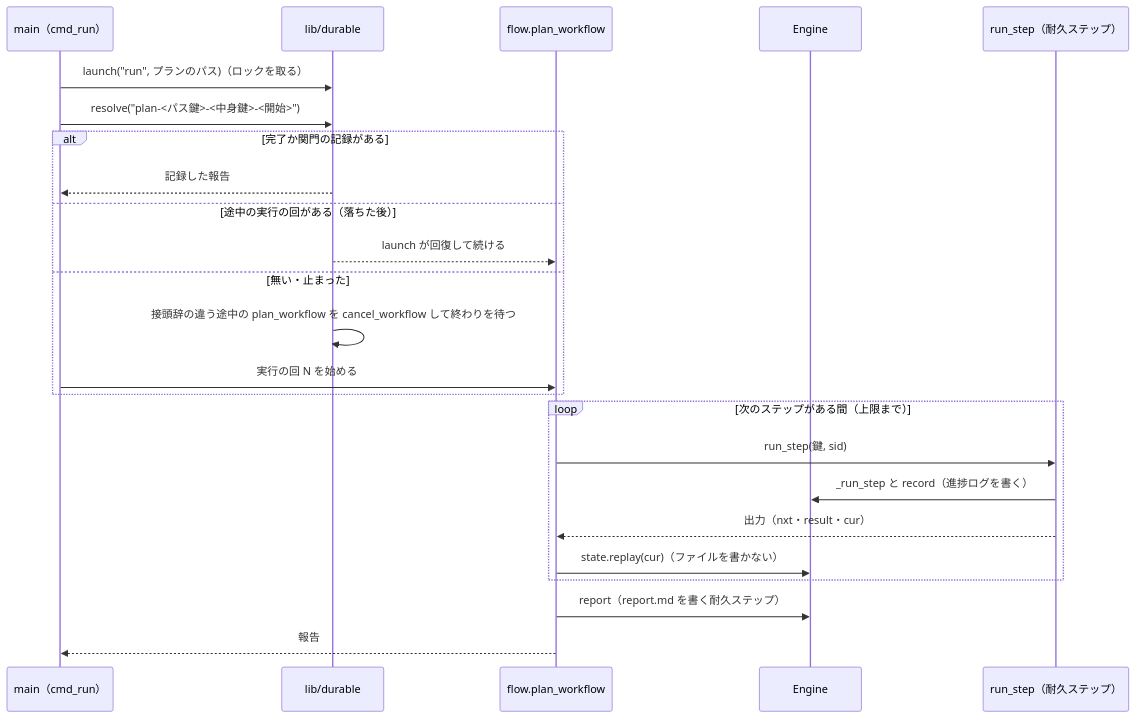
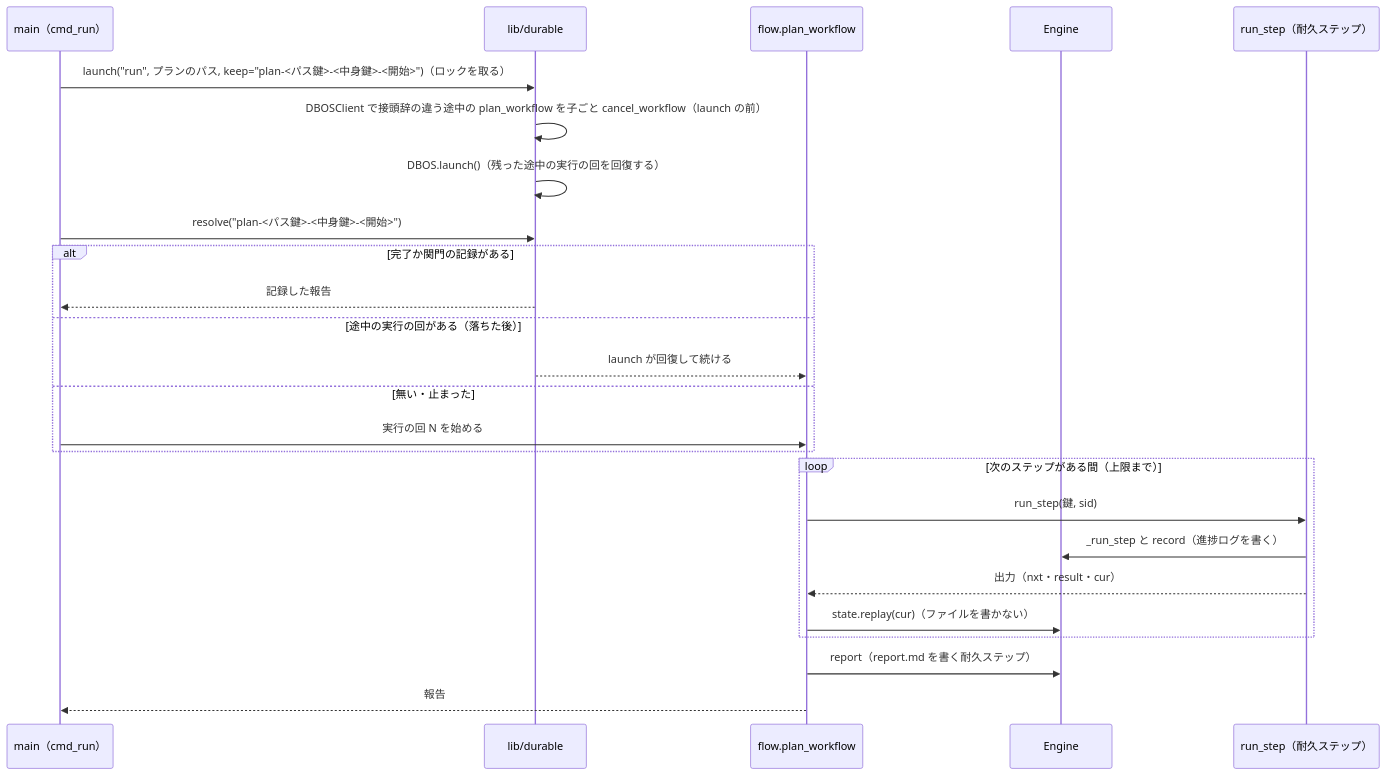
One commit to devbasex/ai-plugins changed the fourth of 7 diagrams in issues/issue-1142-design-dbos.md. Above: the diagram before and after it, drawn with Mermaid. The commit also changed other lines of this file, not shown here.

First line of the commit message:
fix(design): 古い plan_workflow を launch の前に子ごと止める（#1142 round 3）

````diff
--- a/issues/issue-1142-design-dbos.md
+++ b/issues/issue-1142-design-dbos.md
@@ -428,26 +442,27 @@
 ```mermaid
 sequenceDiagram
     participant M as main（cmd_run）
     participant D as lib/durable
     participant F as flow.plan_workflow
     participant E as Engine
     participant S as run_step（耐久ステップ）
-    M->>D: launch("run", プランのパス)（ロックを取る）
+    M->>D: launch("run", プランのパス, keep="plan-<パス鍵>-<中身鍵>-<開始>")（ロックを取る）
+    D->>D: DBOSClient で接頭辞の違う途中の plan_workflow を子ごと cancel_workflow（launch の前）
+    D->>D: DBOS.launch()（残った途中の実行の回を回復する）
     M->>D: resolve("plan-<パス鍵>-<中身鍵>-<開始>")
     alt 完了か関門の記録がある
         D-->>M: 記録した報告
     else 途中の実行の回がある（落ちた後）
         D-->>F: launch が回復して続ける
     else 無い・止まった
-        D->>D: 接頭辞の違う途中の plan_workflow を cancel_workflow して終わりを待つ
         M->>F: 実行の回 N を始める
     end
     loop 次のステップがある間（上限まで）
         F->>S: run_step(鍵, sid)
         S->>E: _run_step と record（進捗ログを書く）
         S-->>F: 出力（nxt・result・cur）
         F->>E: state.replay(cur)（ファイルを書かない）
     end
     F->>E: report（report.md を書く耐久ステップ）
     F-->>M: 報告
 ```
````
